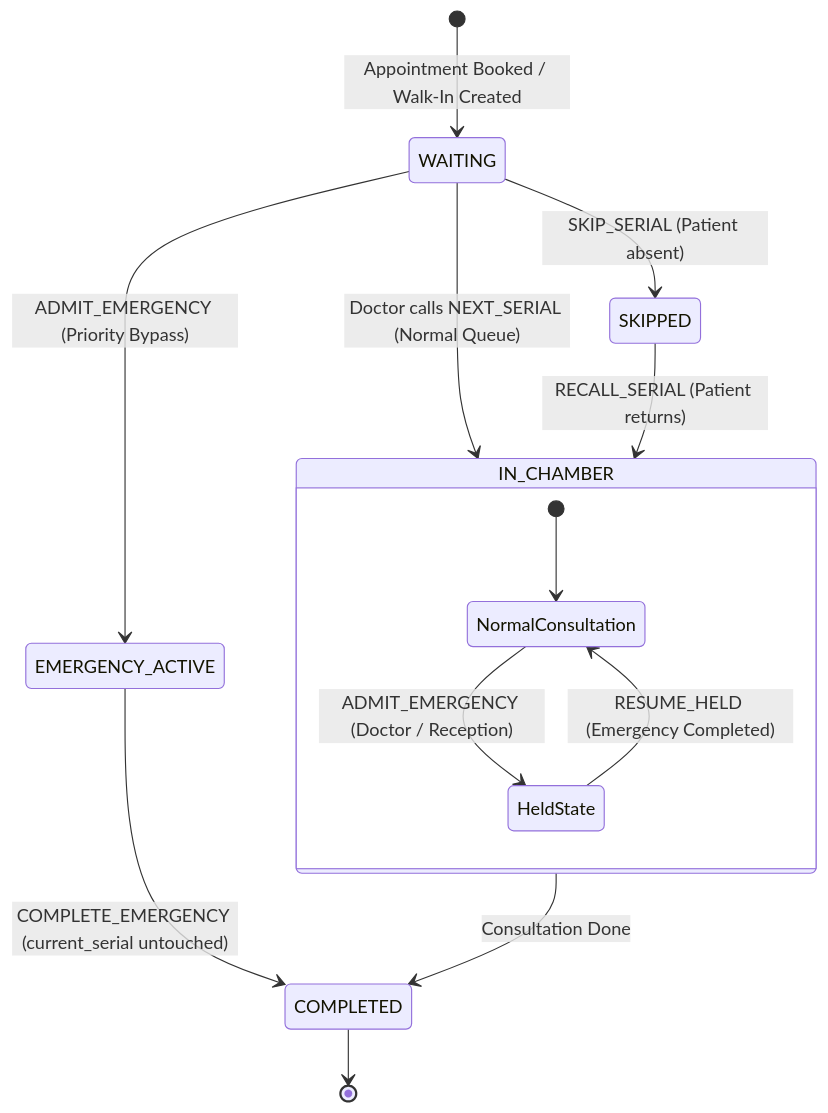
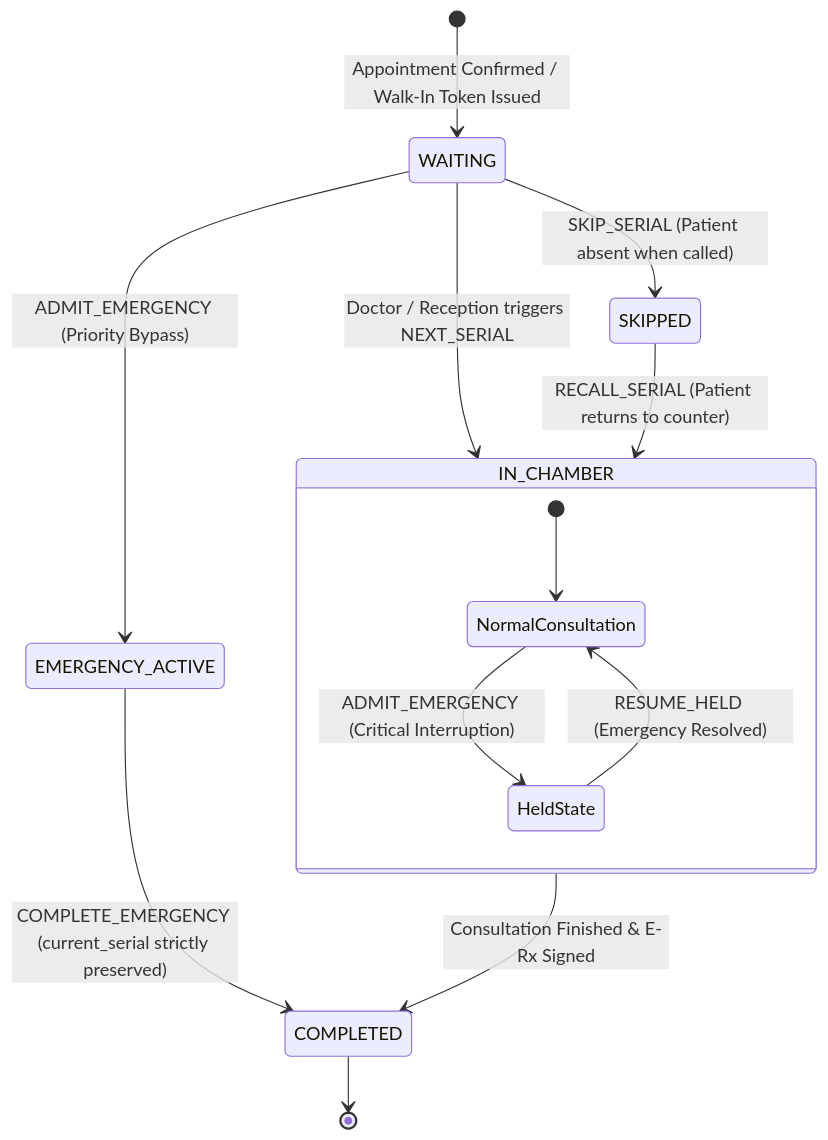
One commit to Ishtiak-Ahmed886/Final_Year_Project_version1 changed the second of 3 diagrams in README.md. Above: the diagram before and after it, drawn with Mermaid. The commit also changed other lines of this file, not shown here.

Commit message:
docs: enrich README with complete clinical architecture, Mermaid diagrams, AI pipeline, and 148 test status

````diff
--- a/README.md
+++ b/README.md
@@ -112,20 +92,20 @@
 ```mermaid
 stateDiagram-v2
-    [*] --> WAITING: Appointment Booked / Walk-In Created
-    WAITING --> IN_CHAMBER: Doctor calls NEXT_SERIAL (Normal Queue)
+    [*] --> WAITING: Appointment Confirmed / Walk-In Token Issued
     
     state IN_CHAMBER {
         [*] --> NormalConsultation
-        NormalConsultation --> HeldState: ADMIT_EMERGENCY (Doctor / Reception)
-        HeldState --> NormalConsultation: RESUME_HELD (Emergency Completed)
+        NormalConsultation --> HeldState: ADMIT_EMERGENCY (Critical Interruption)
+        HeldState --> NormalConsultation: RESUME_HELD (Emergency Resolved)
     }
 
+    WAITING --> IN_CHAMBER: Doctor / Reception triggers NEXT_SERIAL
     WAITING --> EMERGENCY_ACTIVE: ADMIT_EMERGENCY (Priority Bypass)
-    EMERGENCY_ACTIVE --> COMPLETED: COMPLETE_EMERGENCY (current_serial untouched)
+    EMERGENCY_ACTIVE --> COMPLETED: COMPLETE_EMERGENCY (current_serial strictly preserved)
     
-    IN_CHAMBER --> COMPLETED: Consultation Done
-    WAITING --> SKIPPED: SKIP_SERIAL (Patient absent)
-    SKIPPED --> IN_CHAMBER: RECALL_SERIAL (Patient returns)
+    IN_CHAMBER --> COMPLETED: Consultation Finished & E-Rx Signed
+    WAITING --> SKIPPED: SKIP_SERIAL (Patient absent when called)
+    SKIPPED --> IN_CHAMBER: RECALL_SERIAL (Patient returns to counter)
     
     COMPLETED --> [*]
 ```
````
